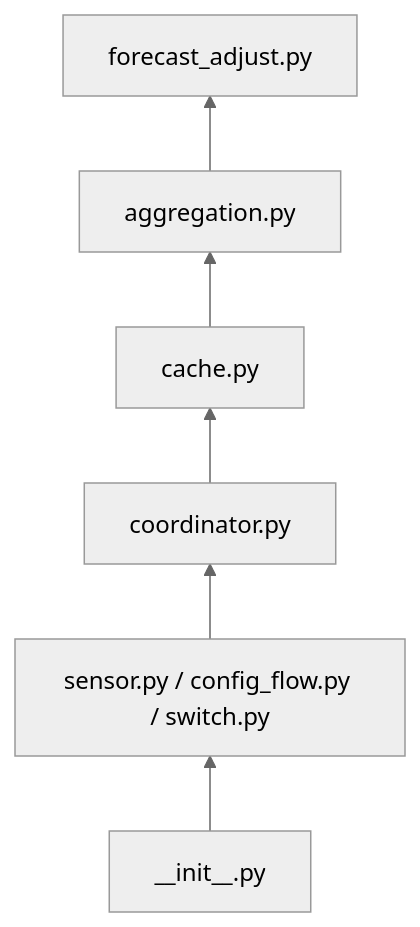
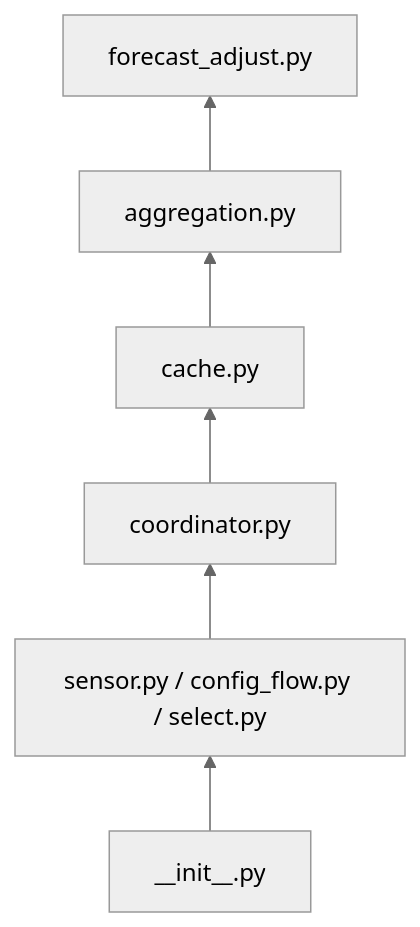
One commit to eschnepel/shady changed the diagram in adr/007-coordinator-cache-split.md. Above: the diagram before and after it, drawn with Mermaid (neutral theme). The commit also changed other lines of this file and 4 other files, not shown here.

````diff
--- a/adr/007-coordinator-cache-split.md
+++ b/adr/007-coordinator-cache-split.md
@@ -128,15 +128,15 @@
 ```mermaid
 flowchart BT
     forecast_adjust["forecast_adjust.py"]
     aggregation["aggregation.py"]
     cache["cache.py"]
     coordinator["coordinator.py"]
-    entity_glue["sensor.py / config_flow.py / switch.py"]
+    entity_glue["sensor.py / config_flow.py / select.py"]
     init["__init__.py"]
 
     aggregation --> forecast_adjust
     cache --> aggregation
     coordinator --> cache
     entity_glue --> coordinator
     init --> entity_glue
 ```
````
